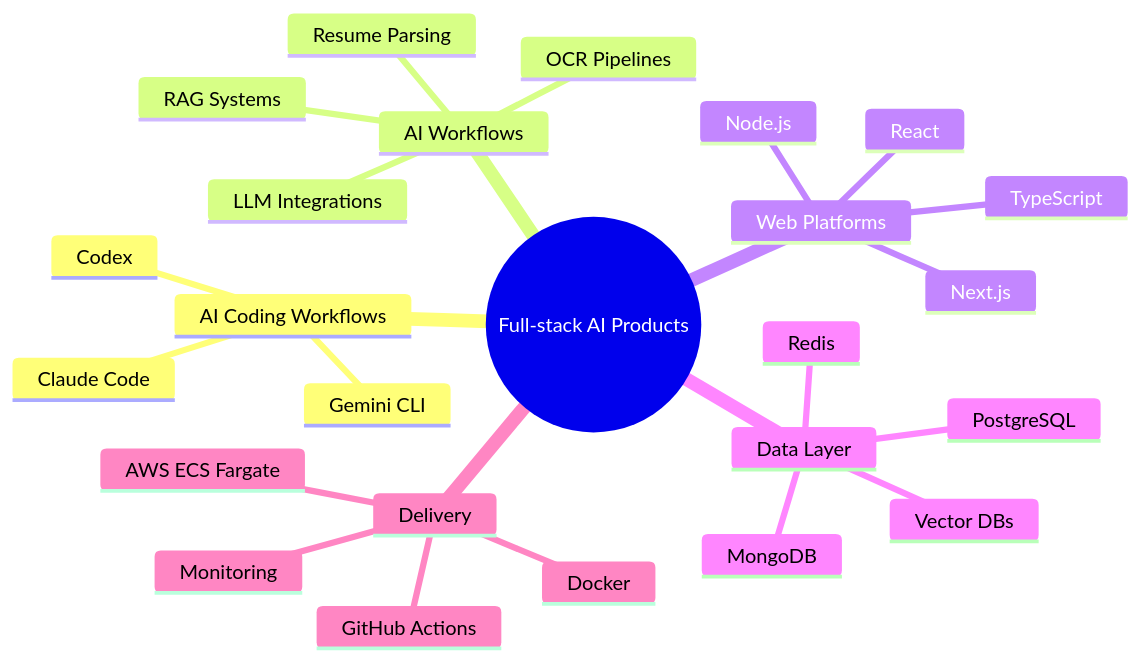
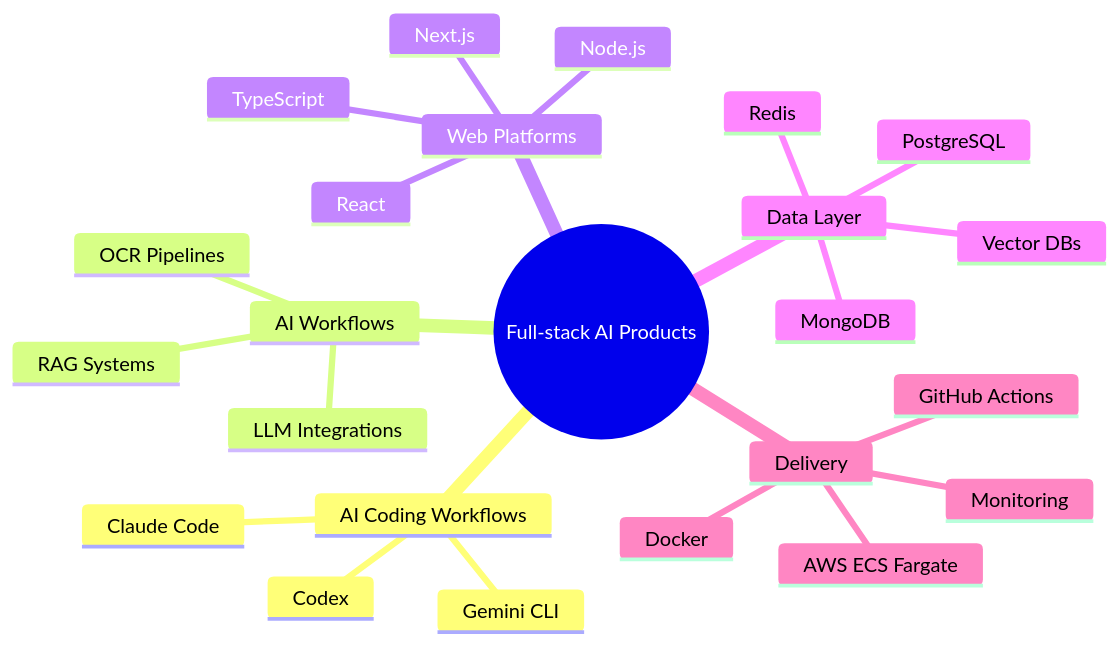
The diagram in README.MD (Ak07-cyber/Ak07-cyber), drawn with Mermaid before and after one commit. The commit also changed other lines of this file, not shown here.

````diff
--- a/README.MD
+++ b/README.MD
@@ -150,28 +151,27 @@
 ```mermaid
 mindmap
   root((Full-stack AI Products))
     AI Coding Workflows
       Claude Code
       Codex
       Gemini CLI
     AI Workflows
       LLM Integrations
-      Resume Parsing
       OCR Pipelines
       RAG Systems
     Web Platforms
       React
       Next.js
       Node.js
       TypeScript
     Data Layer
       PostgreSQL
       MongoDB
       Redis
       Vector DBs
     Delivery
       Docker
       GitHub Actions
       AWS ECS Fargate
       Monitoring
 ```
````
